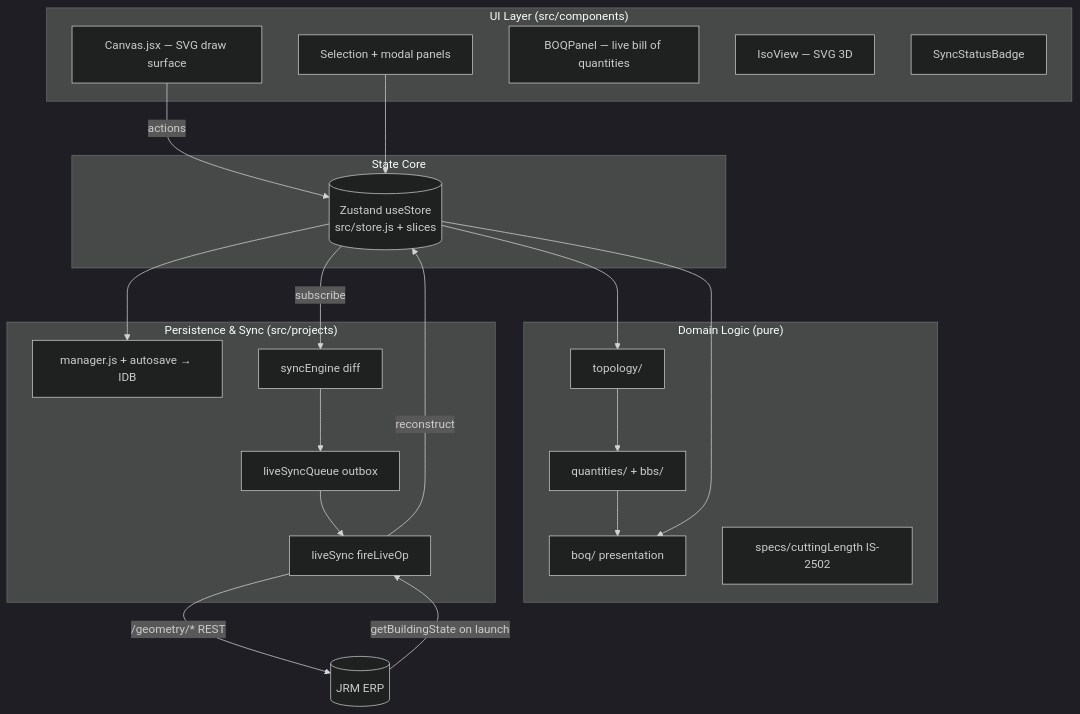
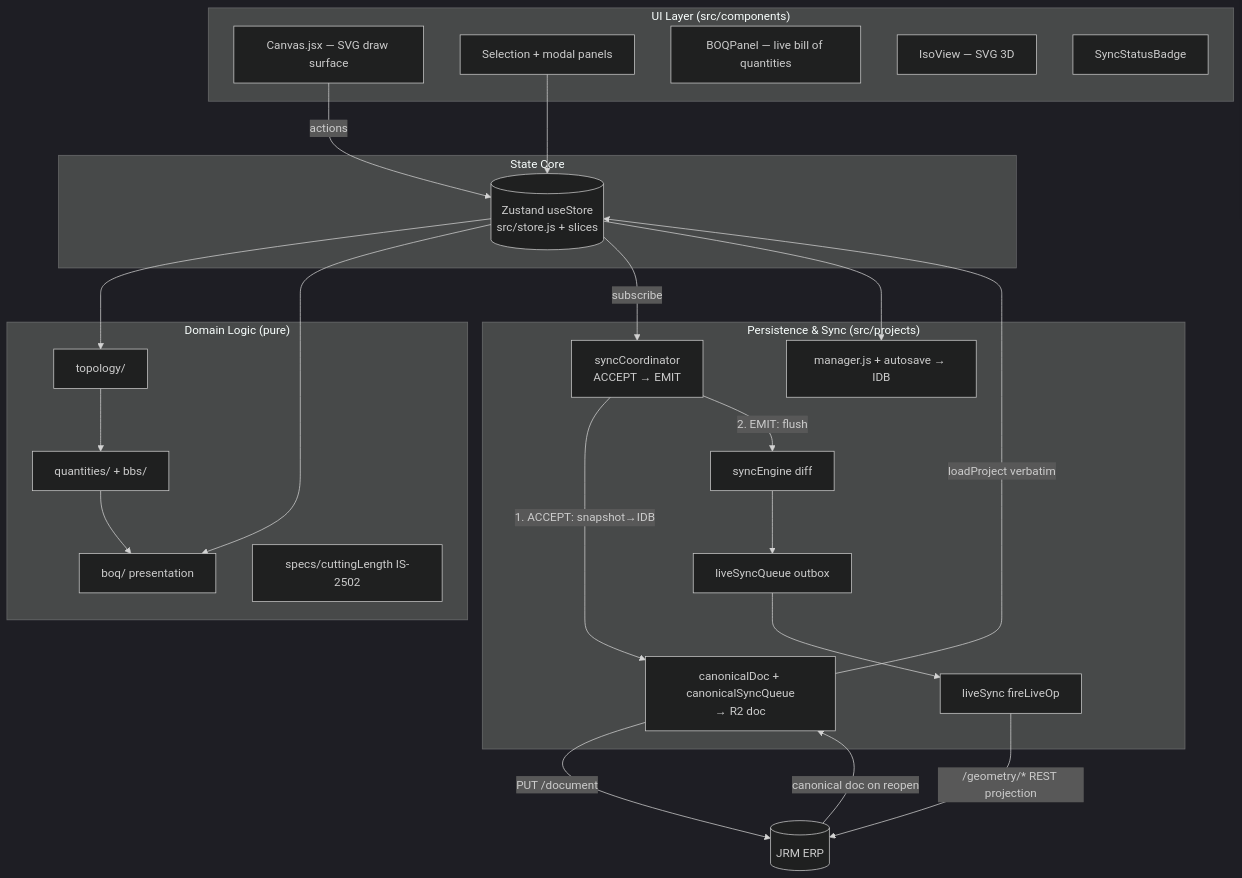
The diagram in docs/CODEBASE_MAP.md (webdevvicky/building-editor), drawn with Mermaid (dark theme) before and after one commit. The commit also changed other lines of this file and 2 other files, not shown here.

First line of the commit message:
docs: re-map ERP sync layer, remove stale 2026-05-30 handoff docs

````diff
--- a/docs/CODEBASE_MAP.md
+++ b/docs/CODEBASE_MAP.md
@@ -18,32 +19,37 @@
 ```mermaid
 graph TB
     subgraph UI["UI Layer (src/components)"]
         Canvas[Canvas.jsx — SVG draw surface]
         Panels[Selection + modal panels]
         BOQ[BOQPanel — live bill of quantities]
         Iso[IsoView — SVG 3D]
         Badge[SyncStatusBadge]
     end
     subgraph State["State Core"]
         Store[(Zustand useStore<br/>src/store.js + slices)]
     end
     subgraph Logic["Domain Logic (pure)"]
         Topo[topology/] --> Qty[quantities/ + bbs/]
         Qty --> BoqPipe[boq/ presentation]
         Specs[specs/cuttingLength IS-2502]
     end
     subgraph Persist["Persistence & Sync (src/projects)"]
         Mgr[manager.js + autosave → IDB]
+        Coord[syncCoordinator<br/>ACCEPT → EMIT]
+        Canon[canonicalDoc + canonicalSyncQueue<br/>→ R2 doc]
         SyncEng[syncEngine diff]
         Queue[liveSyncQueue outbox]
         LiveSync[liveSync fireLiveOp]
     end
     Canvas -->|actions| Store
     Panels --> Store
     Store --> Topo
     Store --> BoqPipe
-    Store -->|subscribe| SyncEng
-    SyncEng --> Queue --> LiveSync -->|/geometry/* REST| ERP[(JRM ERP)]
+    Store -->|subscribe| Coord
+    Coord -->|1. ACCEPT: snapshot→IDB| Canon
+    Canon -->|PUT /document| ERP[(JRM ERP)]
+    Coord -->|2. EMIT: flush| SyncEng
+    SyncEng --> Queue --> LiveSync -->|/geometry/* REST projection| ERP
     Store --> Mgr
-    ERP -->|getBuildingState on launch| LiveSync -->|reconstruct| Store
+    ERP -->|canonical doc on reopen| Canon -->|loadProject verbatim| Store
 ```
````
